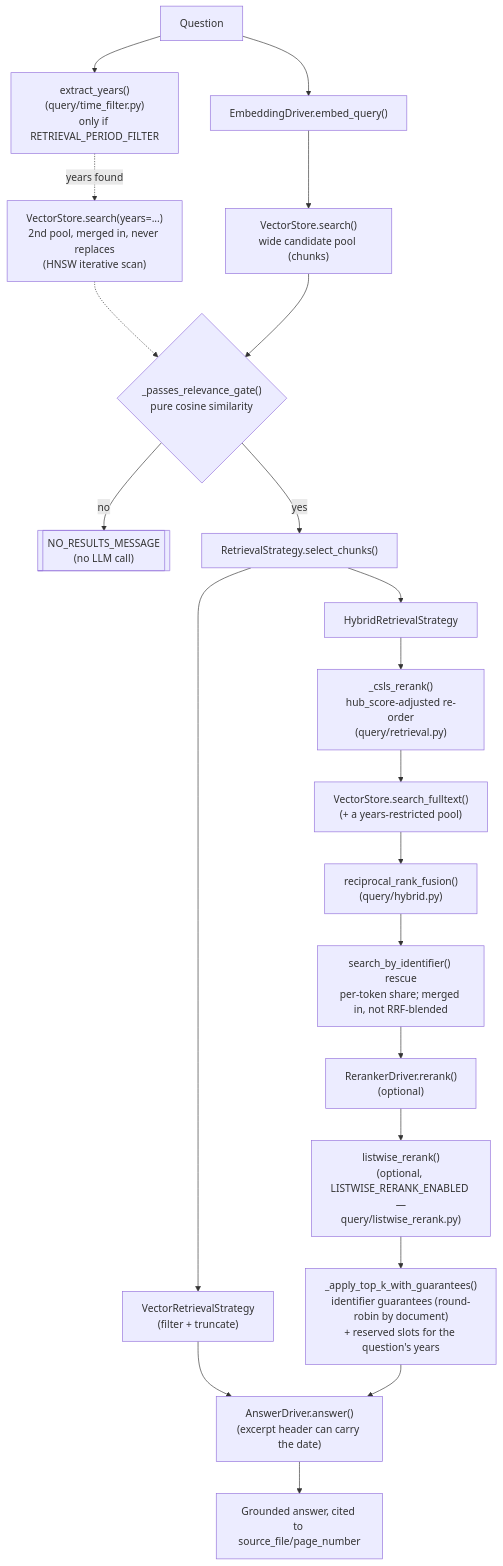
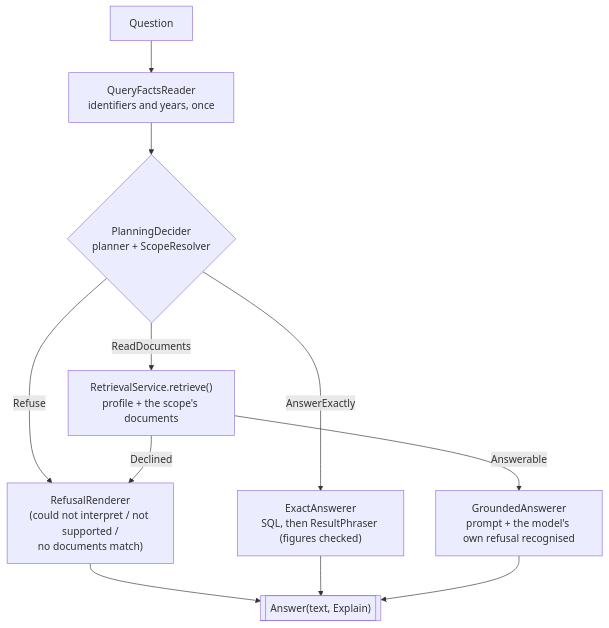
The second of 4 diagrams in docs/architecture.md (olythy/docs-agent), drawn with Mermaid before and after one commit. The commit also changed other lines of this file and 56 other files, not shown here.

First line of the commit message:
refactor(query): delete the original retrieval and router and the QUERY_ROUTER, QUERY_ENGINE and ANSWER_PARTIAL_COVERAGE switches

````diff
--- a/docs/architecture.md
+++ b/docs/architecture.md
@@ -30,23 +30,13 @@
 ```mermaid
 flowchart TD
-    Q[Question] --> QE["EmbeddingDriver.embed_query()"]
-    Q --> YR["extract_years()<br/>(query/time_filter.py)<br/>only if RETRIEVAL_PERIOD_FILTER"]
-    QE --> VS["VectorStore.search()<br/>wide candidate pool (chunks)"]
-    YR -. years found .-> VSY["VectorStore.search(years=...)<br/>2nd pool, merged in, never replaces<br/>(HNSW iterative scan)"]
-    VSY -.-> RG
-    VS --> RG{"_passes_relevance_gate()<br/>pure cosine similarity"}
-    RG -- no --> NR[["NO_RESULTS_MESSAGE<br/>(no LLM call)"]]
-    RG -- yes --> RS["RetrievalStrategy.select_chunks()"]
-    RS --> VRS["VectorRetrievalStrategy<br/>(filter + truncate)"]
-    RS --> HRS["HybridRetrievalStrategy"]
-    HRS --> CSLS["_csls_rerank()<br/>hub_score-adjusted re-order<br/>(query/retrieval.py)"]
-    CSLS --> FTS["VectorStore.search_fulltext()<br/>(+ a years-restricted pool)"]
-    FTS --> RRF["reciprocal_rank_fusion()<br/>(query/hybrid.py)"]
-    RRF --> IDR["search_by_identifier() rescue<br/>per-token share; merged in, not RRF-blended"]
-    IDR --> RR["RerankerDriver.rerank()<br/>(optional)"]
-    RR --> LW["listwise_rerank()<br/>(optional, LISTWISE_RERANK_ENABLED —<br/>query/listwise_rerank.py)"]
-    LW --> TK["_apply_top_k_with_guarantees()<br/>identifier guarantees (round-robin by document)<br/>+ reserved slots for the question's years"]
-    VRS --> AD["AnswerDriver.answer()<br/>(excerpt header can carry the date)"]
-    TK --> AD
-    AD --> ANS["Grounded answer, cited to source_file/page_number"]
+    Q[Question] --> FR["QueryFactsReader<br/>identifiers and years, once"]
+    FR --> DEC{"PlanningDecider<br/>planner + ScopeResolver"}
+    DEC -- Refuse --> REF["RefusalRenderer<br/>(could not interpret / not supported /<br/>no documents match)"]
+    DEC -- AnswerExactly --> EXA["ExactAnswerer<br/>SQL, then ResultPhraser (figures checked)"]
+    DEC -- ReadDocuments --> RET["RetrievalService.retrieve()<br/>profile + the scope's documents"]
+    RET -- Declined --> REF
+    RET -- Answerable --> GRO["GroundedAnswerer<br/>prompt + the model's own refusal recognised"]
+    REF --> OUT[["Answer(text, Explain)"]]
+    EXA --> OUT
+    GRO --> OUT
 ```
````
